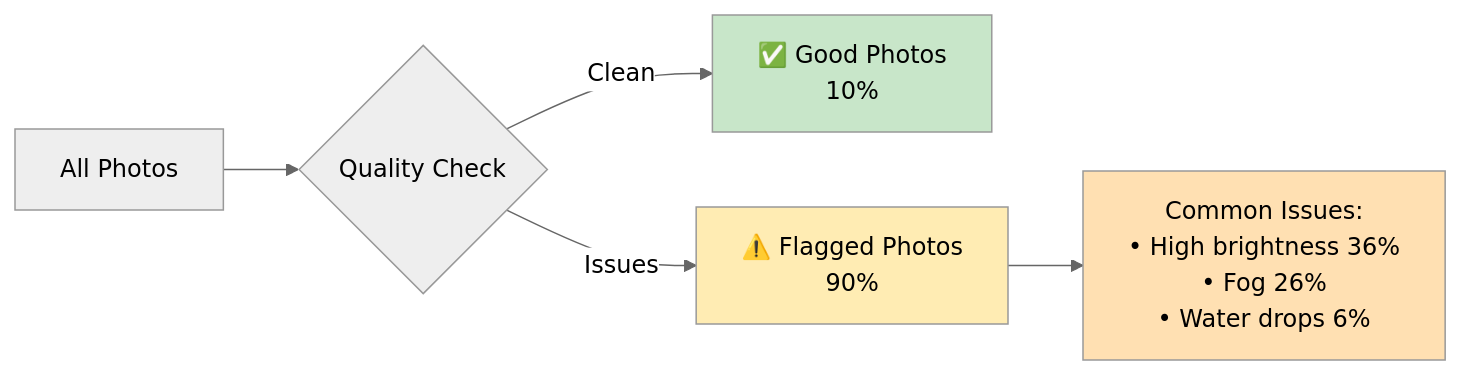
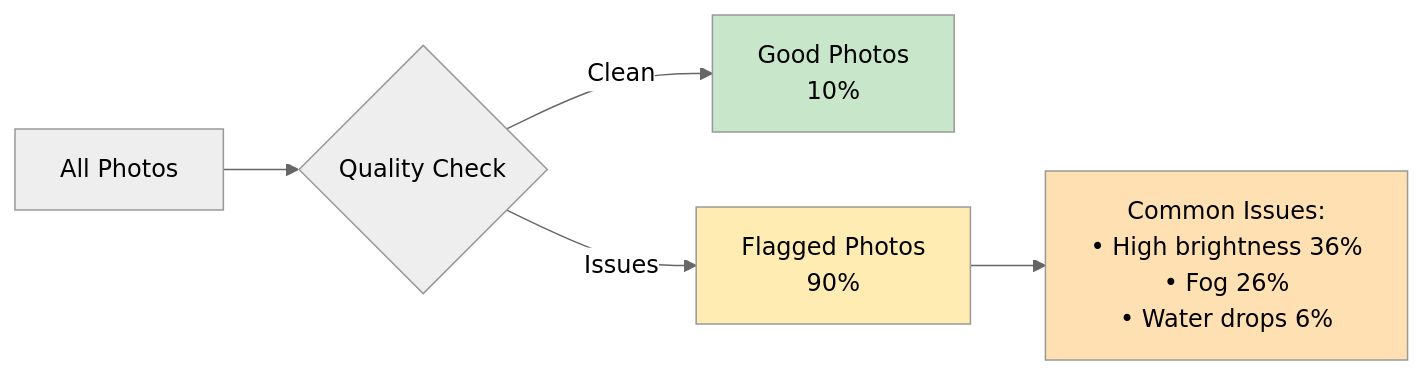
The fourth of 10 diagrams in docs/workflow_data_preparation.md (SITES-spectral/phenocai), drawn with Mermaid (neutral theme) before and after one commit. The commit also changed other lines of this file and 22 other files, not shown here.

````diff
--- a/docs/workflow_data_preparation.md
+++ b/docs/workflow_data_preparation.md
@@ -88,12 +88,12 @@
 ```mermaid
 graph LR
     A[All Photos] --> B{Quality Check}
-    B -->|Clean| C[✅ Good Photos<br/>10%]
-    B -->|Issues| D[⚠️ Flagged Photos<br/>90%]
+    B -->|Clean| C[Good Photos<br/>10%]
+    B -->|Issues| D[Flagged Photos<br/>90%]
     
     D --> E[Common Issues:<br/>• High brightness 36%<br/>• Fog 26%<br/>• Water drops 6%]
     
     style C fill:#c8e6c9
     style D fill:#ffecb3
     style E fill:#ffe0b2
 ```
````
